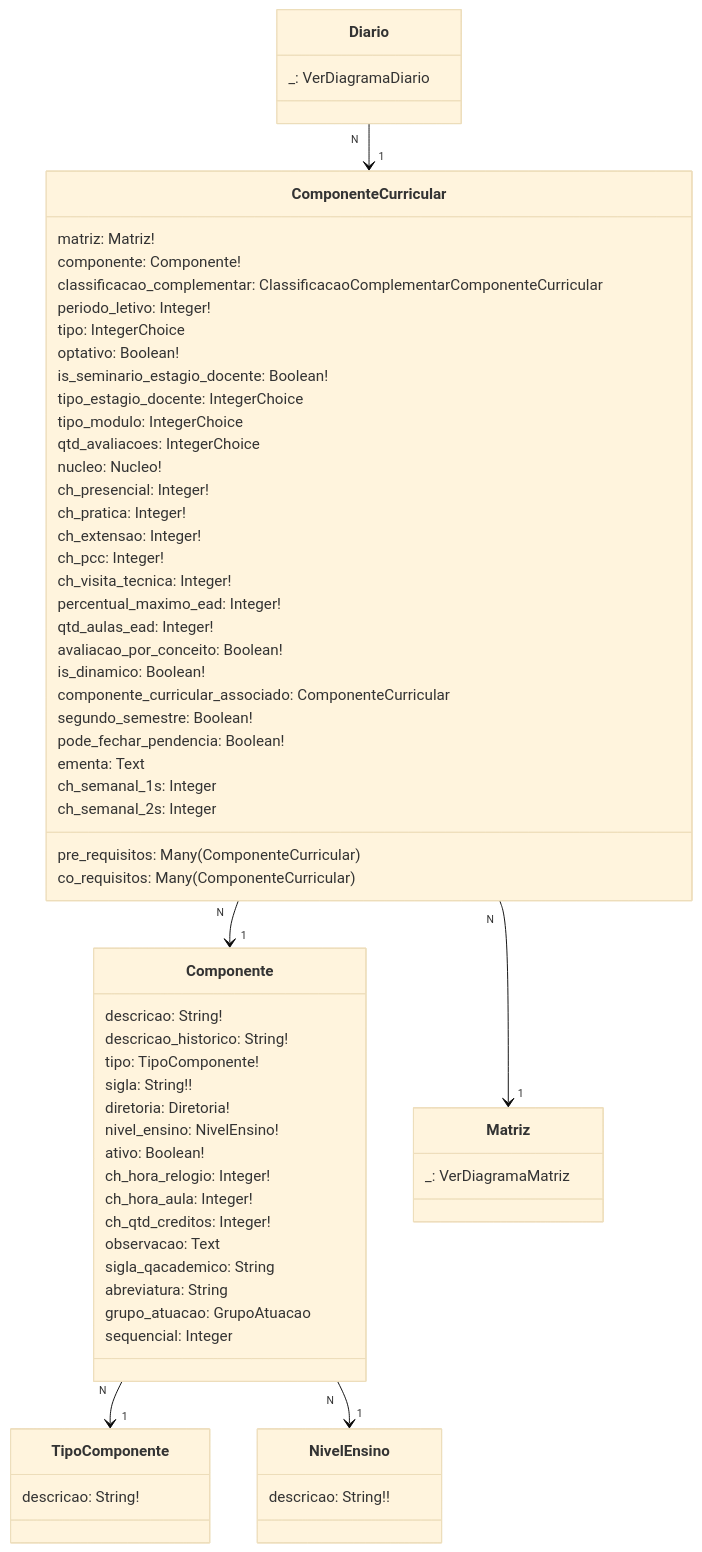
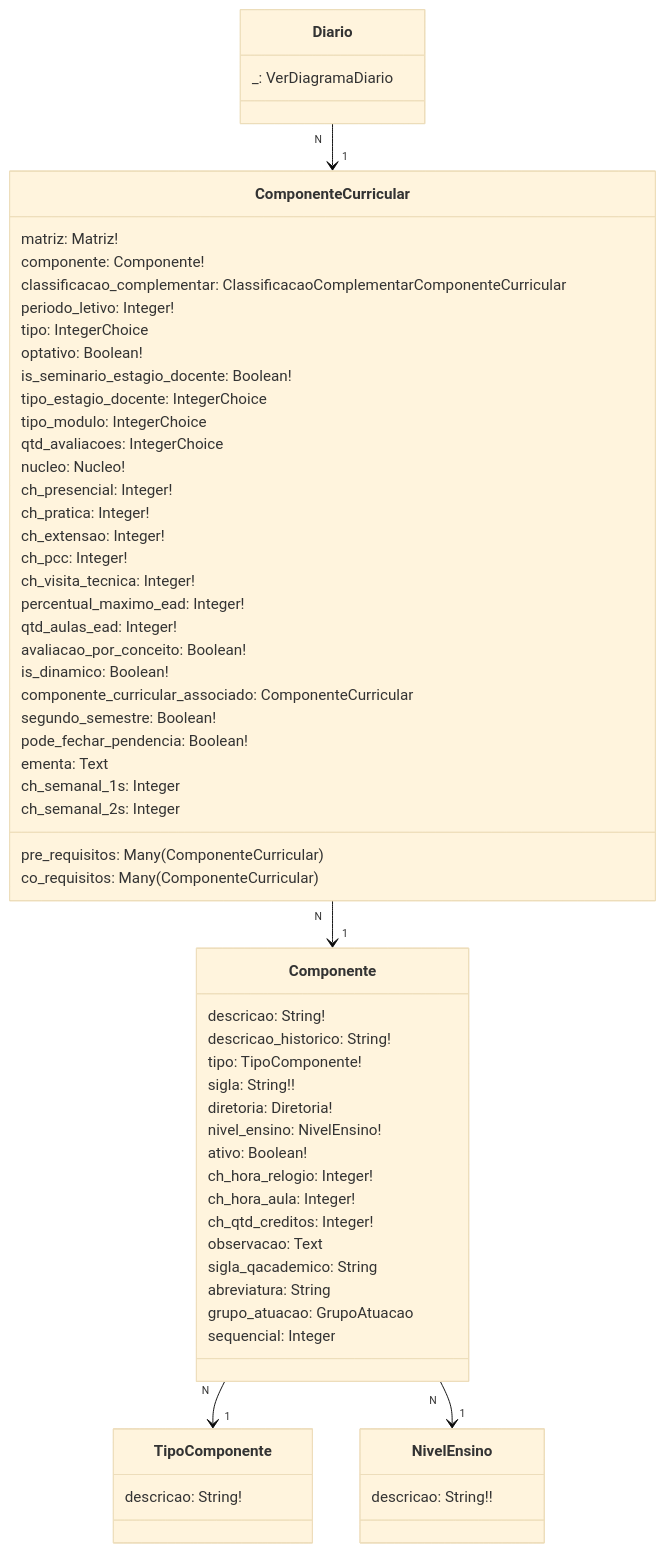
Before and after one commit to cte-zl-ifrn/cte-zl-ifrn.github.io: the diagram in suap/edu/curso-componente.md, drawn with Mermaid (base theme).

```diff
--- a/suap/edu/curso-componente.md
+++ b/suap/edu/curso-componente.md
@@ -72,20 +72,12 @@
         ch_semanal_1s: Integer
         ch_semanal_2s: Integer
     }
-
-
-    class Matriz{
-        _: VerDiagramaMatriz
-    }
-
     class Diario{
         _: VerDiagramaDiario
     }
 
     Componente "N" --> "1" TipoComponente
     Componente "N" --> "1" NivelEnsino
-
-    ComponenteCurricular "N" --> "1" Matriz
     ComponenteCurricular "N" --> "1" Componente
 
     Diario "N" --> "1" ComponenteCurricular
```
